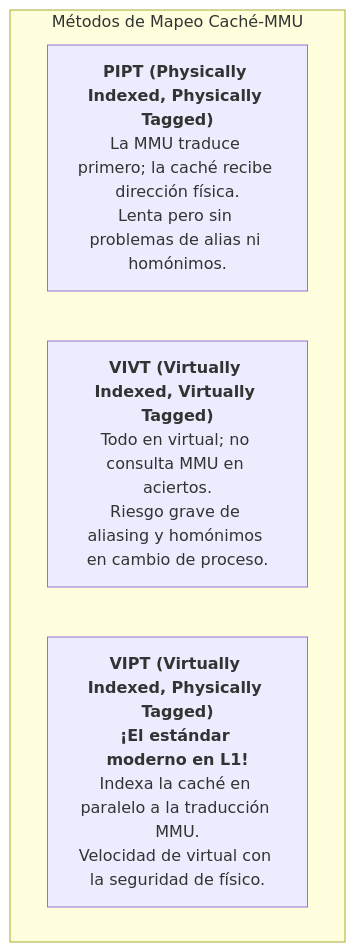
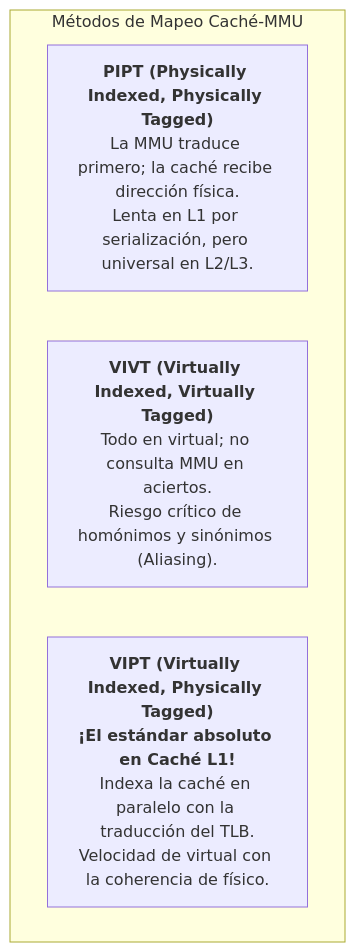
One commit to kalech7/notes changed the sixth of 6 diagrams in Obsidian/pregrado/Documentos/Arquitectura de computadores/Memoria Virtual, Paginacion y Arquitectura de la MMU.md. Above: the diagram before and after it, drawn with Mermaid. The commit also changed other lines of this file and 7 other files, not shown here.

Commit message:
docs(arquitectura): auditoria pedagogica y tecnica completada con subagentes en microarquitectura, memoria, mmu, buses y gpu

````diff
--- a/Obsidian/pregrado/Documentos/Arquitectura de computadores/Memoria Virtual, Paginacion y Arquitectura de la MMU.md
+++ b/Obsidian/pregrado/Documentos/Arquitectura de computadores/Memoria Virtual, Paginacion y Arquitectura de la MMU.md
@@ -276,8 +351,8 @@
 ```mermaid
 flowchart TD
     subgraph Configs ["Métodos de Mapeo Caché-MMU"]
-        PIPT["<b>PIPT (Physically Indexed, Physically Tagged)</b><br>La MMU traduce primero; la caché recibe dirección física.<br>Lenta pero sin problemas de alias ni homónimos."]
-        VIVT["<b>VIVT (Virtually Indexed, Virtually Tagged)</b><br>Todo en virtual; no consulta MMU en aciertos.<br>Riesgo grave de aliasing y homónimos en cambio de proceso."]
-        VIPT["<b>VIPT (Virtually Indexed, Physically Tagged)</b><br><b>¡El estándar moderno en L1!</b><br>Indexa la caché en paralelo a la traducción MMU.<br>Velocidad de virtual con la seguridad de físico."]
+        PIPT["<b>PIPT (Physically Indexed, Physically Tagged)</b><br>La MMU traduce primero; la caché recibe dirección física.<br>Lenta en L1 por serialización, pero universal en L2/L3."]
+        VIVT["<b>VIVT (Virtually Indexed, Virtually Tagged)</b><br>Todo en virtual; no consulta MMU en aciertos.<br>Riesgo crítico de homónimos y sinónimos (Aliasing)."]
+        VIPT["<b>VIPT (Virtually Indexed, Physically Tagged)</b><br><b>¡El estándar absoluto en Caché L1!</b><br>Indexa la caché en paralelo con la traducción del TLB.<br>Velocidad de virtual con la coherencia de físico."]
     end
 ```
````
